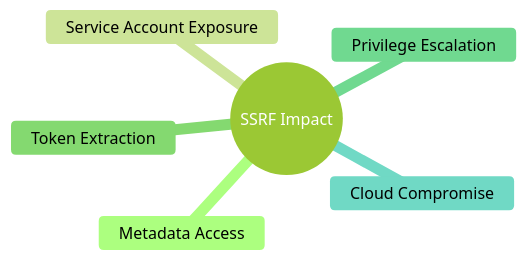
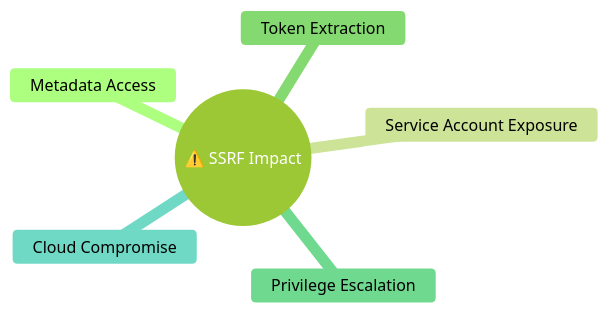
Before and after one commit to ashrithpeechara/infinity_learning: diagram 11 of 13 in Cloud_Security/Compute Engine Intrusion/solution.md, drawn with Mermaid (forest theme). The commit also changed other lines of this file, not shown here.

````diff
--- a/Cloud_Security/Compute Engine Intrusion/solution.md
+++ b/Cloud_Security/Compute Engine Intrusion/solution.md
@@ -236,9 +276,9 @@
 ```mermaid
 mindmap
-  root((SSRF Impact))
+  root((⚠️ SSRF Impact))
     Metadata Access
     Service Account Exposure
     Token Extraction
     Privilege Escalation
     Cloud Compromise
 ```
````
